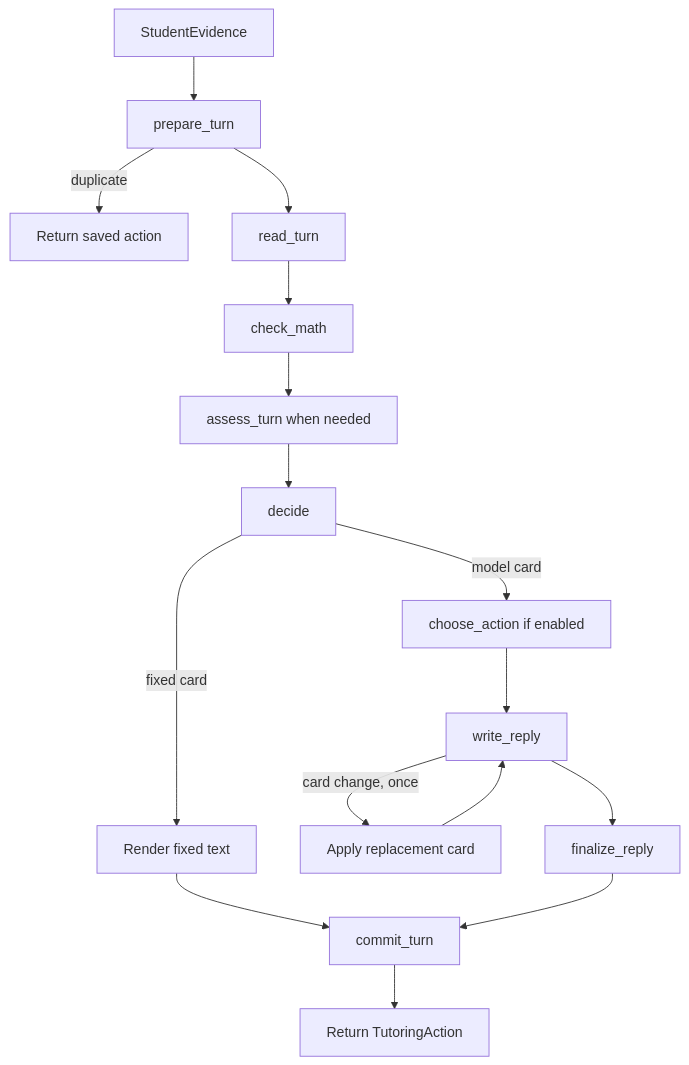
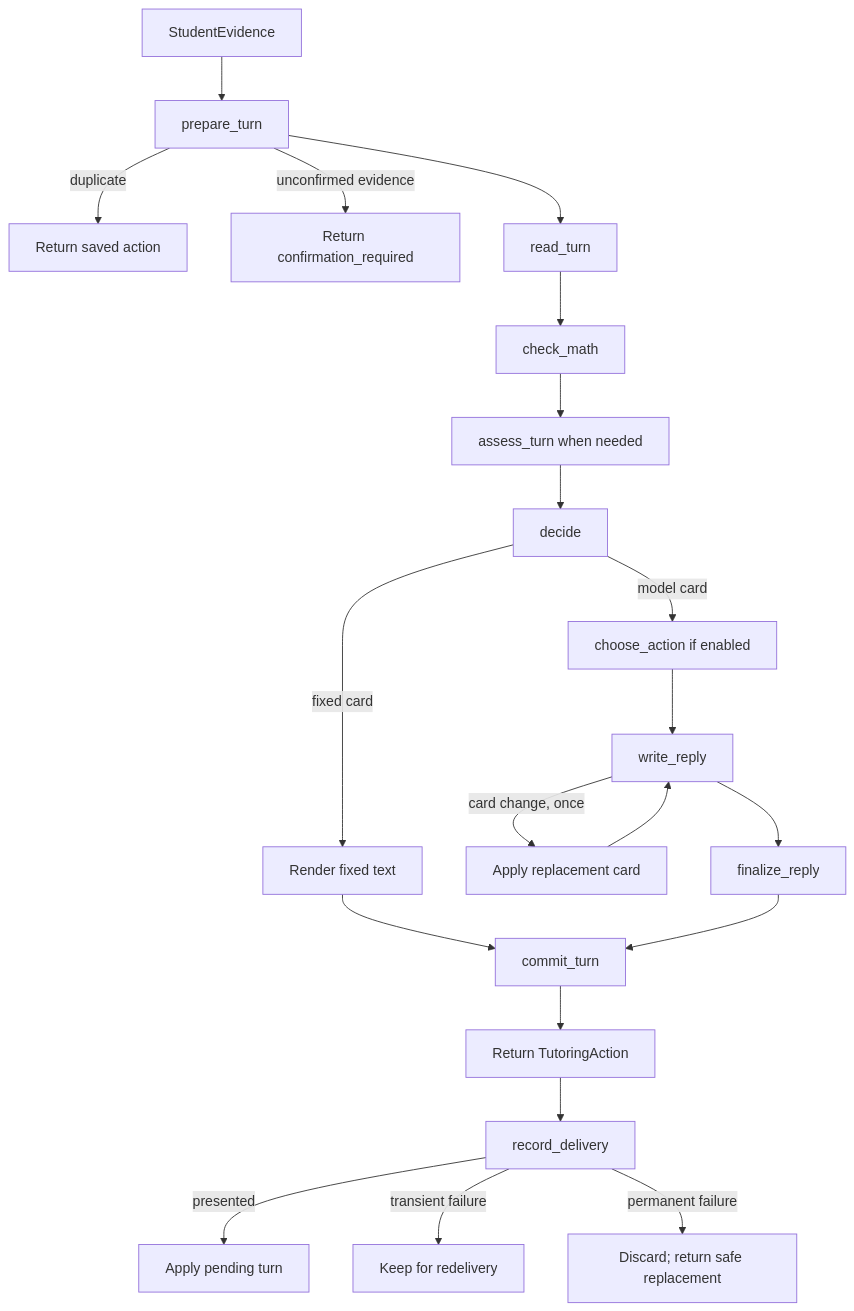
The second of 3 diagrams in specs/tutoring-engine.md (digital-professor-lab/digital-professor), drawn with Mermaid before and after one commit. The commit also changed other lines of this file, not shown here.

````diff
--- a/specs/tutoring-engine.md
+++ b/specs/tutoring-engine.md
@@ -318,18 +386,23 @@
 ```mermaid
 flowchart TD
     A[StudentEvidence] --> B[prepare_turn]
     B -->|duplicate| Z[Return saved action]
+    B -->|unconfirmed evidence| Y[Return confirmation_required]
     B --> C[read_turn]
     C --> D[check_math]
     D --> E[assess_turn when needed]
     E --> F[decide]
     F -->|fixed card| I[Render fixed text]
     F -->|model card| G[choose_action if enabled]
     G --> H[write_reply]
     H -->|card change, once| F2[Apply replacement card]
     F2 --> H
     H --> J[finalize_reply]
     I --> K[commit_turn]
     J --> K
     K --> L[Return TutoringAction]
+    L --> M[record_delivery]
+    M -->|presented| N[Apply pending turn]
+    M -->|transient failure| O[Keep for redelivery]
+    M -->|permanent failure| P[Discard; return safe replacement]
 ```
````
